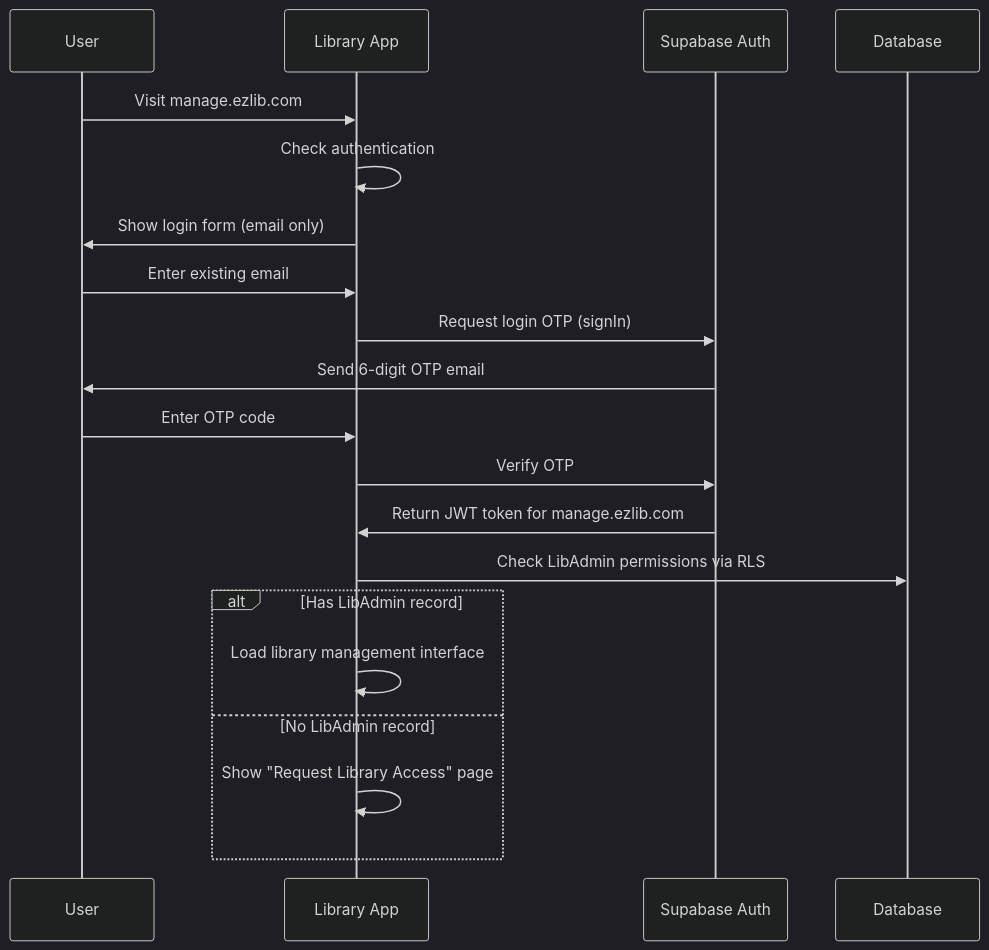
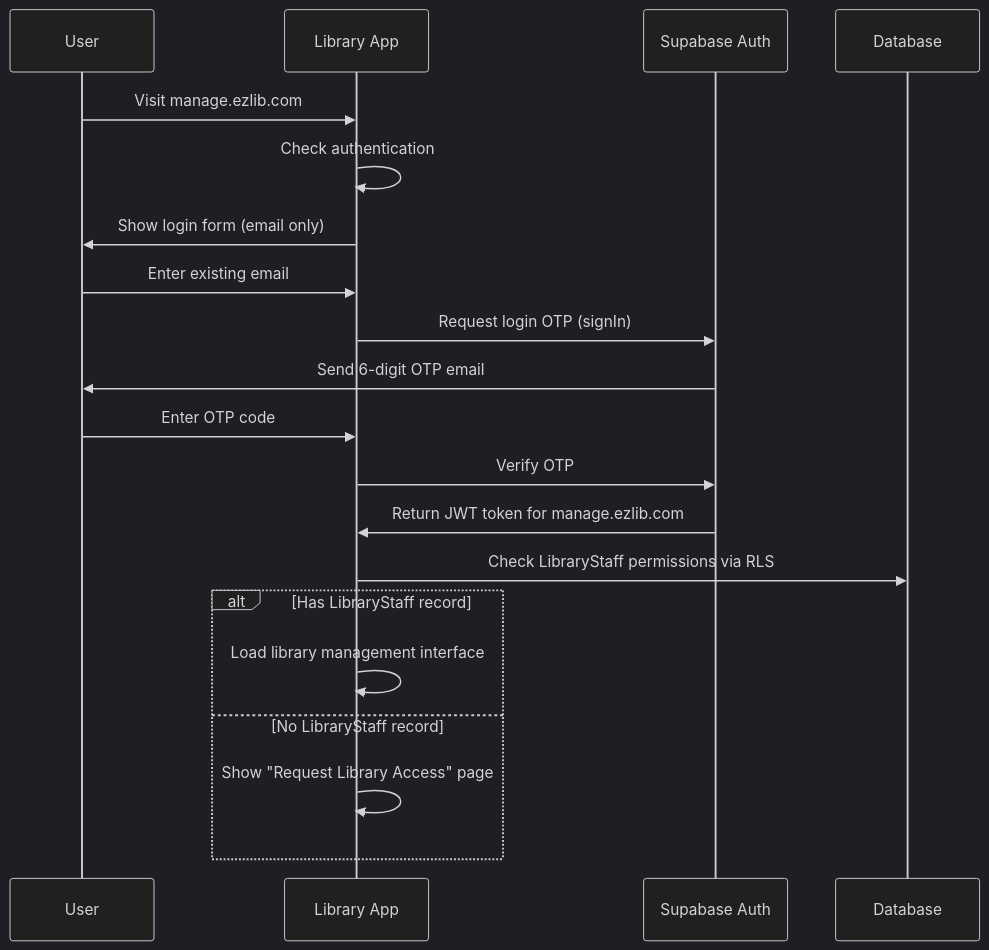
The third of 3 diagrams in docs/architecture/authentication-architecture.md (tronghieu/ezlib), drawn with Mermaid (dark theme) before and after one commit. The commit also changed other lines of this file and 7 other files, not shown here.

First line of the commit message:
Update architecture documentation to monolithic NextJS 15.5.2 approach

````diff
--- a/docs/architecture/authentication-architecture.md
+++ b/docs/architecture/authentication-architecture.md
@@ -63,23 +63,23 @@
 ```mermaid
 sequenceDiagram
     participant U as User
     participant L as Library App
     participant S as Supabase Auth
     participant DB as Database
     
     U->>L: Visit manage.ezlib.com
     L->>L: Check authentication
     L->>U: Show login form (email only)
     U->>L: Enter existing email
     L->>S: Request login OTP (signIn)
     S->>U: Send 6-digit OTP email
     U->>L: Enter OTP code
     L->>S: Verify OTP
     S->>L: Return JWT token for manage.ezlib.com
-    L->>DB: Check LibAdmin permissions via RLS
-    alt Has LibAdmin record
+    L->>DB: Check LibraryStaff permissions via RLS
+    alt Has LibraryStaff record
         L->>L: Load library management interface
-    else No LibAdmin record
+    else No LibraryStaff record
         L->>L: Show "Request Library Access" page
     end
 ```
````
